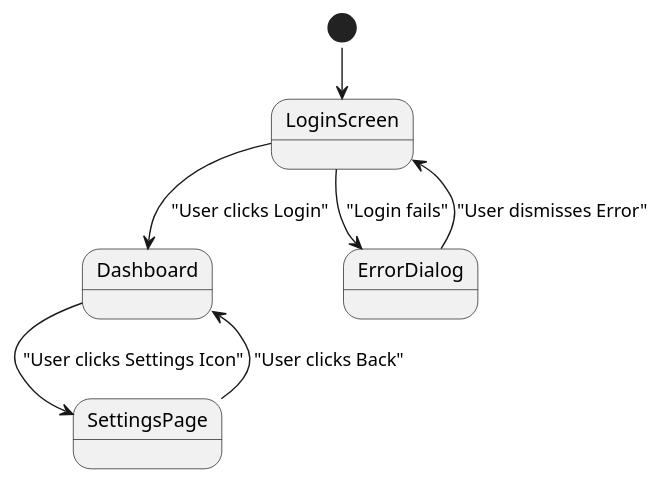
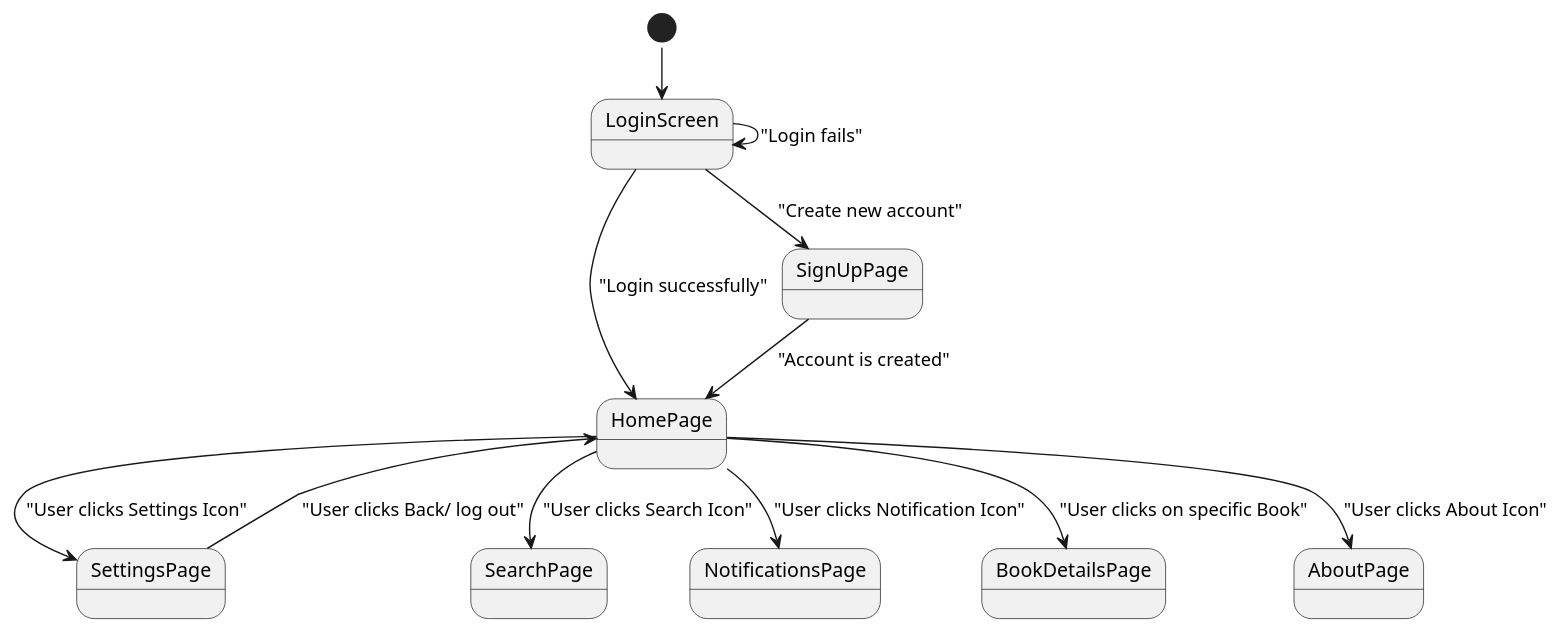
The diagram in diagrams/SMD/UiNavigation.puml (SalmaAzeem/library-system), drawn with PlantUML before and after one commit. The commit also changed 2 other files, not shown here.

```diff
--- a/diagrams/SMD/UiNavigation.puml
+++ b/diagrams/SMD/UiNavigation.puml
@@ -1,14 +1,18 @@
 @startuml
 'https://plantuml.com/state-diagram
 !pragma layout smetana
 [*] --> LoginScreen
 
-LoginScreen --> Dashboard : "User clicks Login"
-LoginScreen --> ErrorDialog : "Login fails"
+LoginScreen --> HomePage : "Login successfully"
+LoginScreen --> SignUpPage : "Create new account"
+LoginScreen --> LoginScreen : "Login fails"
+SignUpPage -->HomePage : "Account is created"
+HomePage --> SettingsPage : "User clicks Settings Icon"
+SettingsPage --> HomePage : "User clicks Back/ log out"
 
-ErrorDialog --> LoginScreen : "User dismisses Error"
-
-Dashboard --> SettingsPage : "User clicks Settings Icon"
-SettingsPage --> Dashboard : "User clicks Back"
+HomePage --> SearchPage : "User clicks Search Icon"
+HomePage --> NotificationsPage : "User clicks Notification Icon"
+HomePage --> BookDetailsPage : "User clicks on specific Book"
+HomePage --> AboutPage : "User clicks About Icon"
 
 @enduml
```
